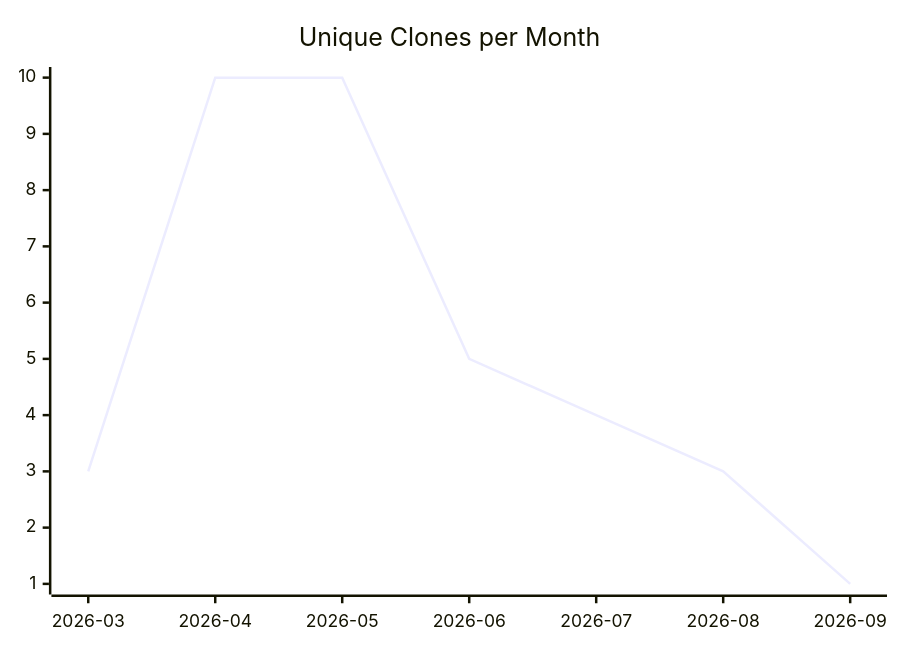
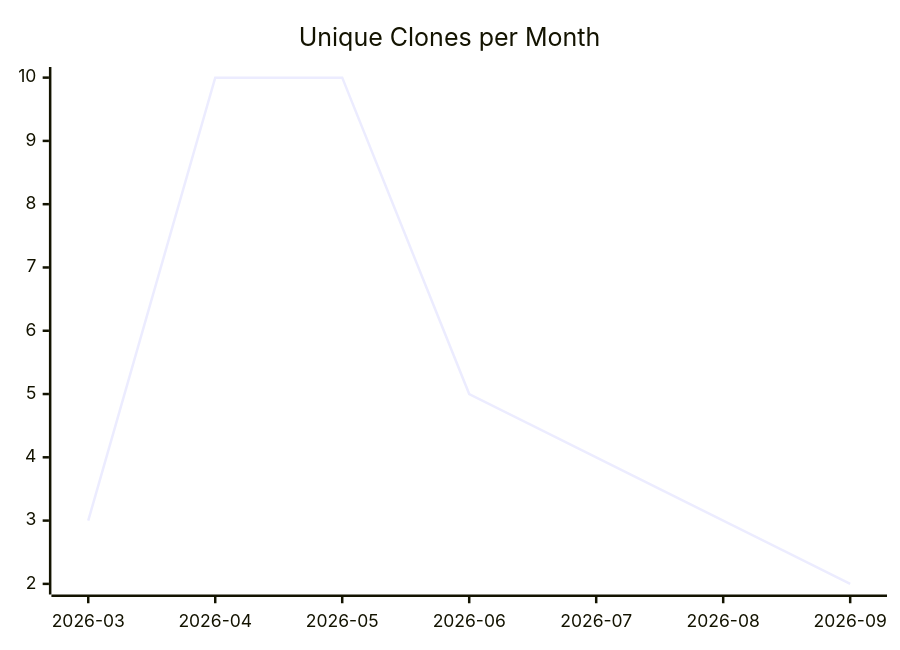
Before and after one commit to justdavis-family/github-analytics-data: the third of 3 diagrams in karlmdavis/can-i-kayak-baltimore/README.md, drawn with Mermaid. The commit also changed other lines of this file and 191 other files, not shown here.

````diff
--- a/karlmdavis/can-i-kayak-baltimore/README.md
+++ b/karlmdavis/can-i-kayak-baltimore/README.md
@@ -19,6 +19,6 @@
 ```mermaid
 xychart-beta
   title "Unique Clones per Month"
   x-axis ["2026-03", "2026-04", "2026-05", "2026-06", "2026-07", "2026-08", "2026-09"]
-  line [3, 10, 10, 5, 4, 3, 1]
+  line [3, 10, 10, 5, 4, 3, 2]
 ```
````
